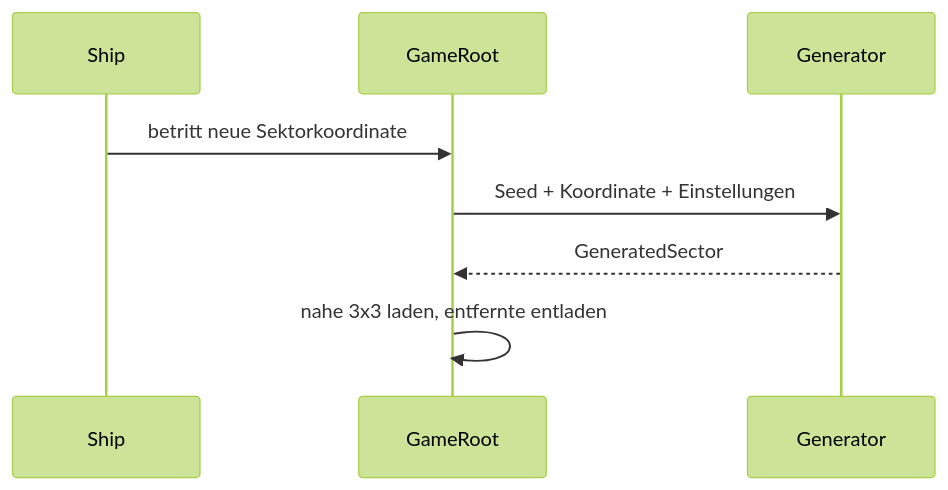
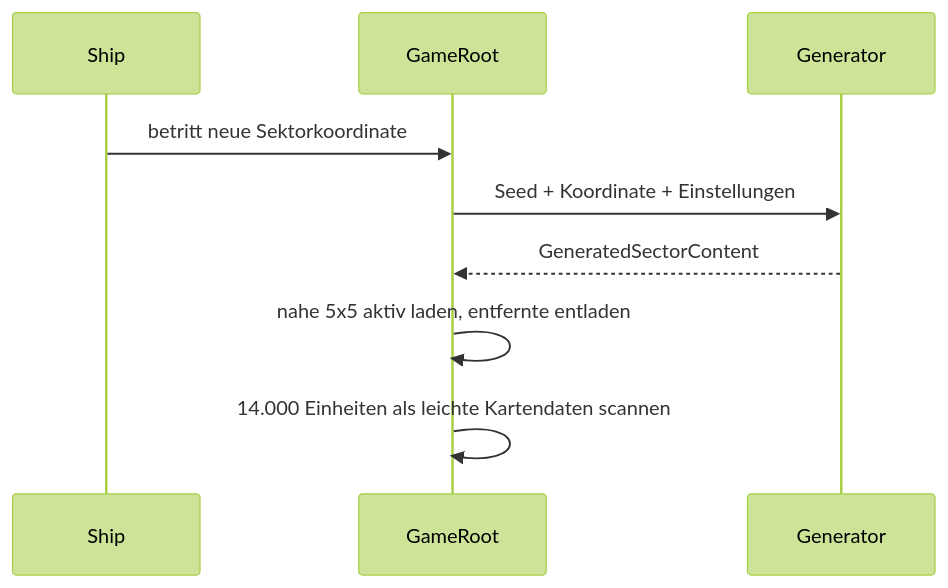
Before and after one commit to R1ggu-24/SpaceFactory: the second of 2 diagrams in docs/ARCHITECTURE.md, drawn with Mermaid (forest theme). The commit also changed other lines of this file and 136 other files, not shown here.

````diff
--- a/docs/ARCHITECTURE.md
+++ b/docs/ARCHITECTURE.md
@@ -13,10 +13,11 @@
 ```mermaid
 sequenceDiagram
     participant Ship
     participant Root as GameRoot
     participant Generator
     Ship->>Root: betritt neue Sektorkoordinate
     Root->>Generator: Seed + Koordinate + Einstellungen
-    Generator-->>Root: GeneratedSector
-    Root->>Root: nahe 3x3 laden, entfernte entladen
+    Generator-->>Root: GeneratedSectorContent
+    Root->>Root: nahe 5x5 aktiv laden, entfernte entladen
+    Root->>Root: 14.000 Einheiten als leichte Kartendaten scannen
 ```
````
